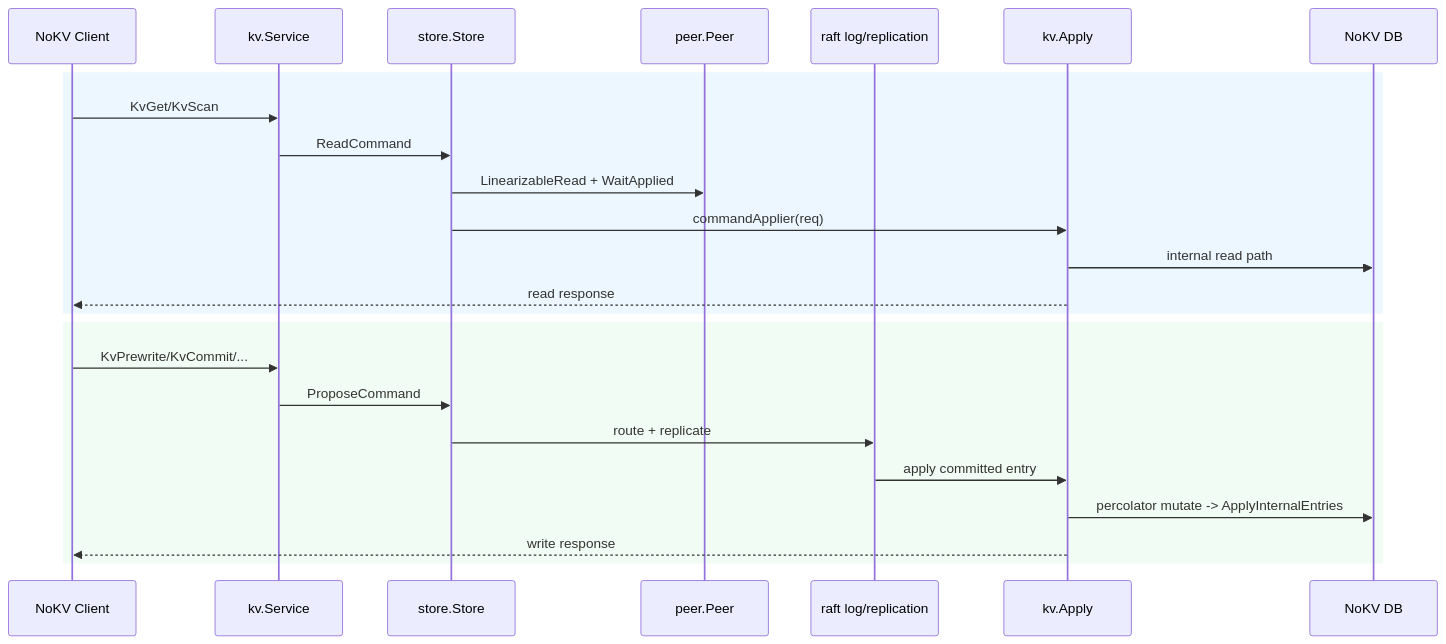
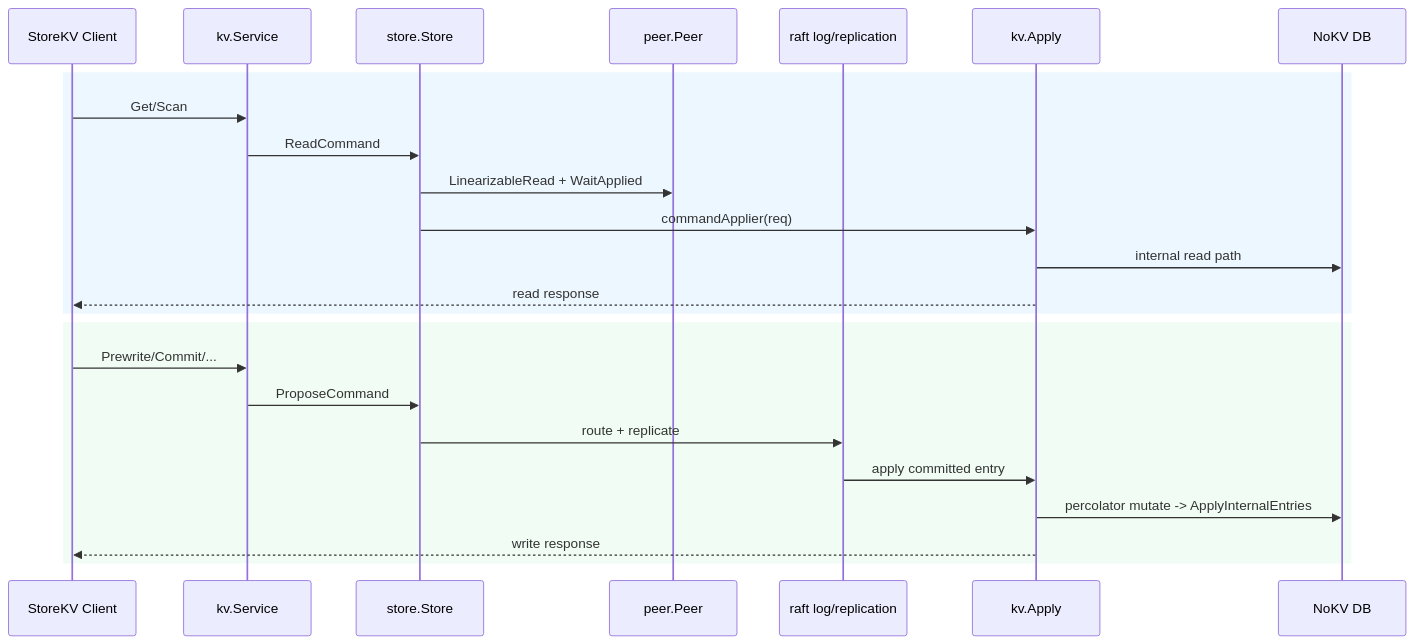
The second of 2 diagrams in docs/raftstore.md (feichai0017/NoKV), drawn with Mermaid before and after one commit. The commit also changed other lines of this file and 175 other files, not shown here.

Commit message:
Refine storage architecture boundaries (#223)

````diff
--- a/docs/raftstore.md
+++ b/docs/raftstore.md
@@ -109,28 +109,28 @@
 ```mermaid
 sequenceDiagram
-    participant C as NoKV Client
+    participant C as StoreKV Client
     participant SVC as kv.Service
     participant ST as store.Store
     participant PR as peer.Peer
     participant RF as raft log/replication
     participant AP as kv.Apply
     participant DB as NoKV DB
 
     rect rgb(237, 247, 255)
-      C->>SVC: KvGet/KvScan
+      C->>SVC: Get/Scan
       SVC->>ST: ReadCommand
       ST->>PR: LinearizableRead + WaitApplied
       ST->>AP: commandApplier(req)
       AP->>DB: internal read path
       AP-->>C: read response
     end
 
     rect rgb(241, 253, 244)
-      C->>SVC: KvPrewrite/KvCommit/...
+      C->>SVC: Prewrite/Commit/...
       SVC->>ST: ProposeCommand
       ST->>RF: route + replicate
       RF->>AP: apply committed entry
       AP->>DB: percolator mutate -> ApplyInternalEntries
       AP-->>C: write response
     end
 ```
````
